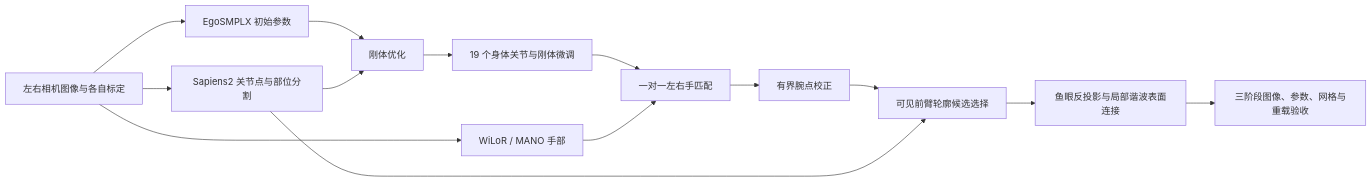
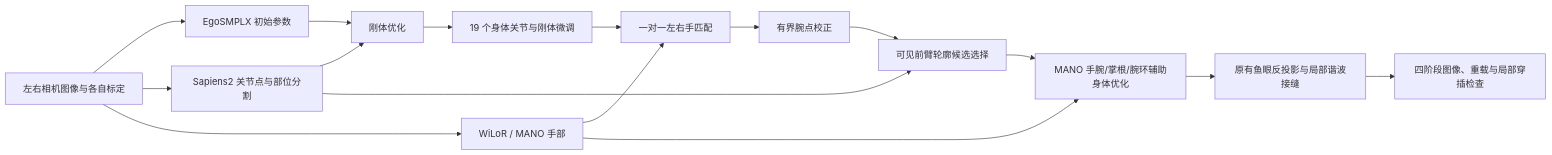
The diagram in README.md (cdh290718-oss/EgoSmplx), drawn with Mermaid before and after one commit. The commit also changed other lines of this file and 45 other files, not shown here.

````diff
--- a/README.md
+++ b/README.md
@@ -9,16 +9,18 @@
 ```mermaid
 flowchart LR
     A[左右相机图像与各自标定] --> B[EgoSMPLX 初始参数]
     A --> C[Sapiens2 关节点与部位分割]
     B --> D[刚体优化]
     C --> D
     D --> E[19 个身体关节与刚体微调]
     A --> F[WiLoR / MANO 手部]
     E --> G[一对一左右手匹配]
     F --> G
     G --> H[有界腕点校正]
     H --> J[可见前臂轮廓候选选择]
     C --> J
-    J --> K[鱼眼反投影与局部谐波表面连接]
-    K --> I[三阶段图像、参数、网格与重载验收]
+    J --> M[MANO 手腕/掌根/腕环辅助身体优化]
+    F --> M
+    M --> K[原有鱼眼反投影与局部谐波接缝]
+    K --> I[四阶段图像、重载与局部穿插检查]
 ```
````
